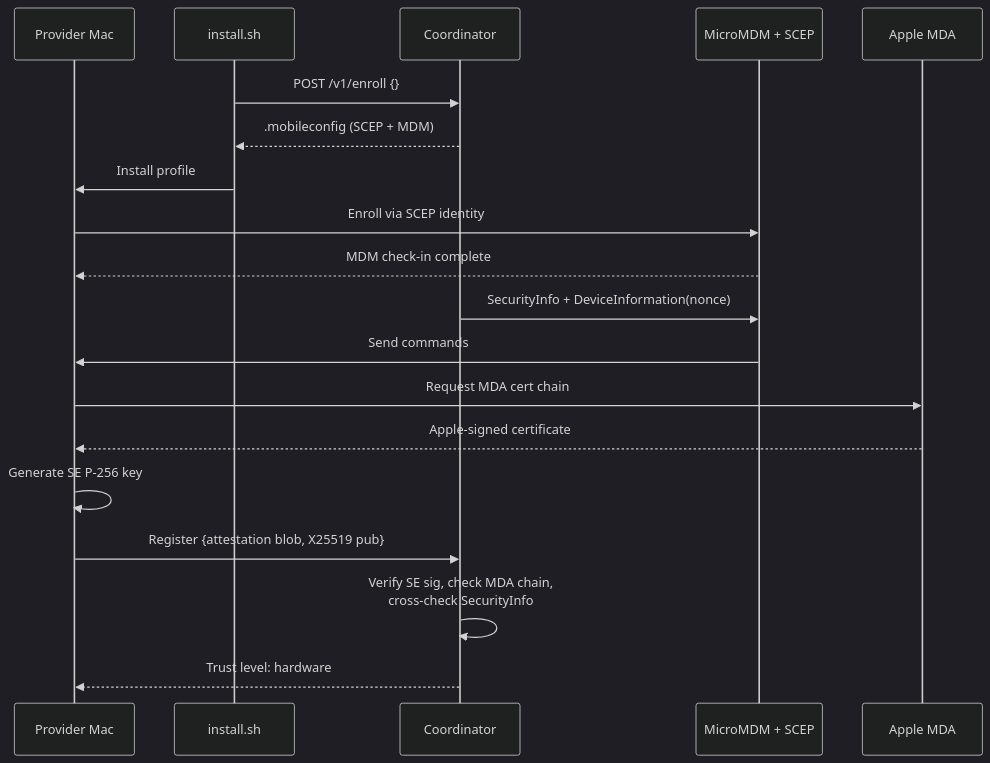
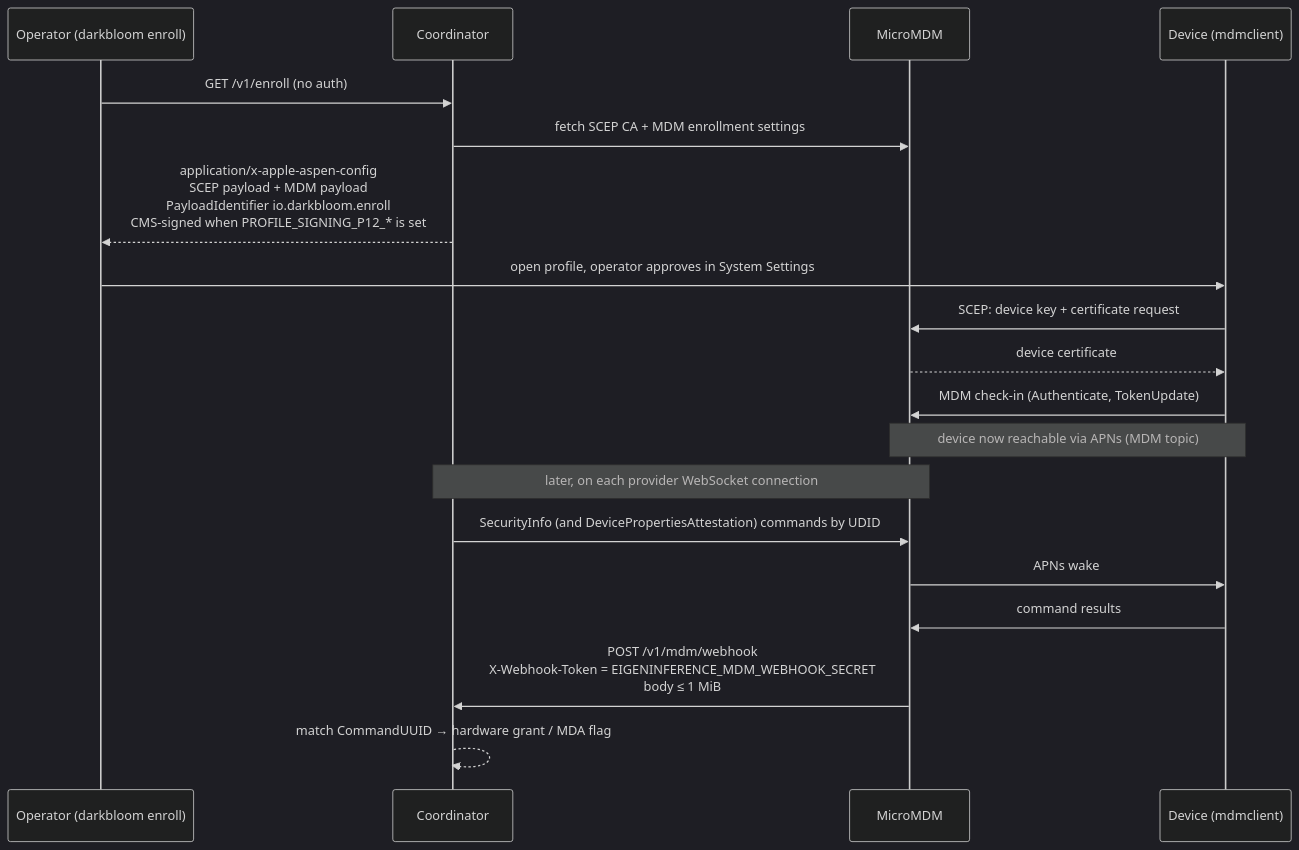
One commit to Layr-Labs/d-inference changed the diagram in docs/assets/diagrams/enrollment-flow.mmd. Above: the diagram before and after it, drawn with Mermaid (dark theme). The commit also changed 8 other files, not shown here.

First line of the commit message:
docs(diagrams): redraw security diagrams from code and re-render SVG/PNG

```diff
--- a/docs/assets/diagrams/enrollment-flow.mmd
+++ b/docs/assets/diagrams/enrollment-flow.mmd
@@ -1,20 +1,23 @@
+%% MDM enrollment as built at 5d400cf75. Source of truth for enrollment-flow.svg;
+%% re-render after editing: mmdc -i enrollment-flow.mmd -o enrollment-flow.svg
 sequenceDiagram
-    participant P as Provider Mac
-    participant S as install.sh
-    participant API as Coordinator
-    participant MDM as MicroMDM + SCEP
-    participant A as Apple MDA
+    participant O as Operator (darkbloom enroll)
+    participant K as Coordinator
+    participant M as MicroMDM
+    participant D as Device (mdmclient)
 
-    S->>API: POST /v1/enroll {}
-    API-->>S: .mobileconfig (SCEP + MDM)
-    S->>P: Install profile
-    P->>MDM: Enroll via SCEP identity
-    MDM-->>P: MDM check-in complete
-    API->>MDM: SecurityInfo + DeviceInformation(nonce)
-    MDM->>P: Send commands
-    P->>A: Request MDA cert chain
-    A-->>P: Apple-signed certificate
-    P->>P: Generate SE P-256 key
-    P->>API: Register {attestation blob, X25519 pub}
-    API->>API: Verify SE sig, check MDA chain,<br/>cross-check SecurityInfo
-    API-->>P: Trust level: hardware
+    O->>K: GET /v1/enroll (no auth)
+    K->>M: fetch SCEP CA + MDM enrollment settings
+    K-->>O: application/x-apple-aspen-config<br/>SCEP payload + MDM payload<br/>PayloadIdentifier io.darkbloom.enroll<br/>CMS-signed when PROFILE_SIGNING_P12_* is set
+    O->>D: open profile, operator approves in System Settings
+    D->>M: SCEP: device key + certificate request
+    M-->>D: device certificate
+    D->>M: MDM check-in (Authenticate, TokenUpdate)
+    Note over D,M: device now reachable via APNs (MDM topic)
+
+    Note over K,M: later, on each provider WebSocket connection
+    K->>M: SecurityInfo (and DevicePropertiesAttestation) commands by UDID
+    M->>D: APNs wake
+    D->>M: command results
+    M->>K: POST /v1/mdm/webhook<br/>X-Webhook-Token = EIGENINFERENCE_MDM_WEBHOOK_SECRET<br/>body ≤ 1 MiB
+    K-->>K: match CommandUUID → hardware grant / MDA flag
```
